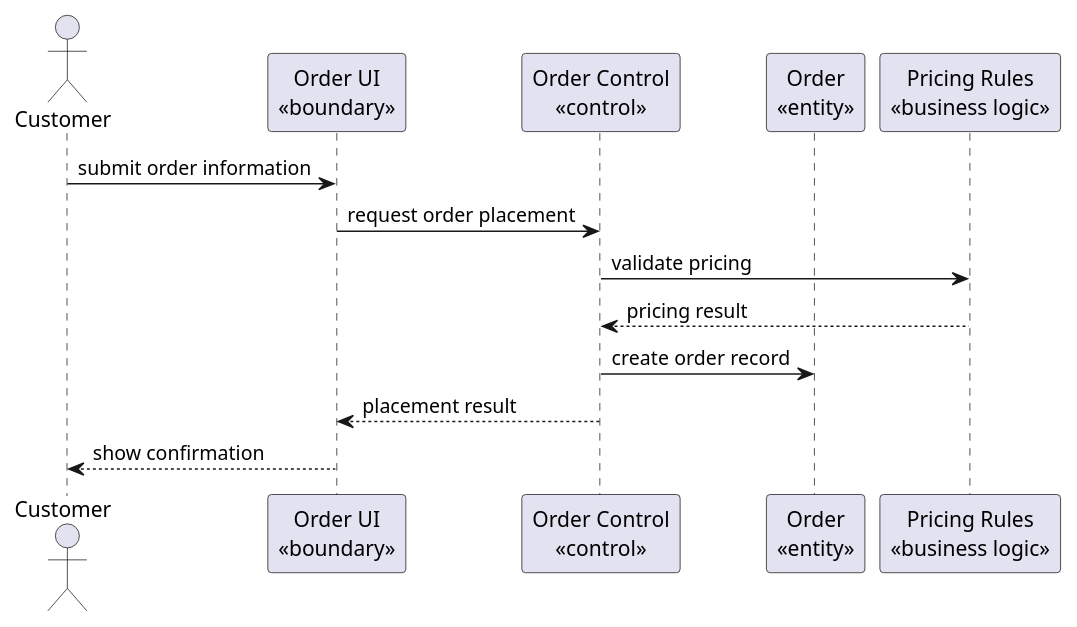
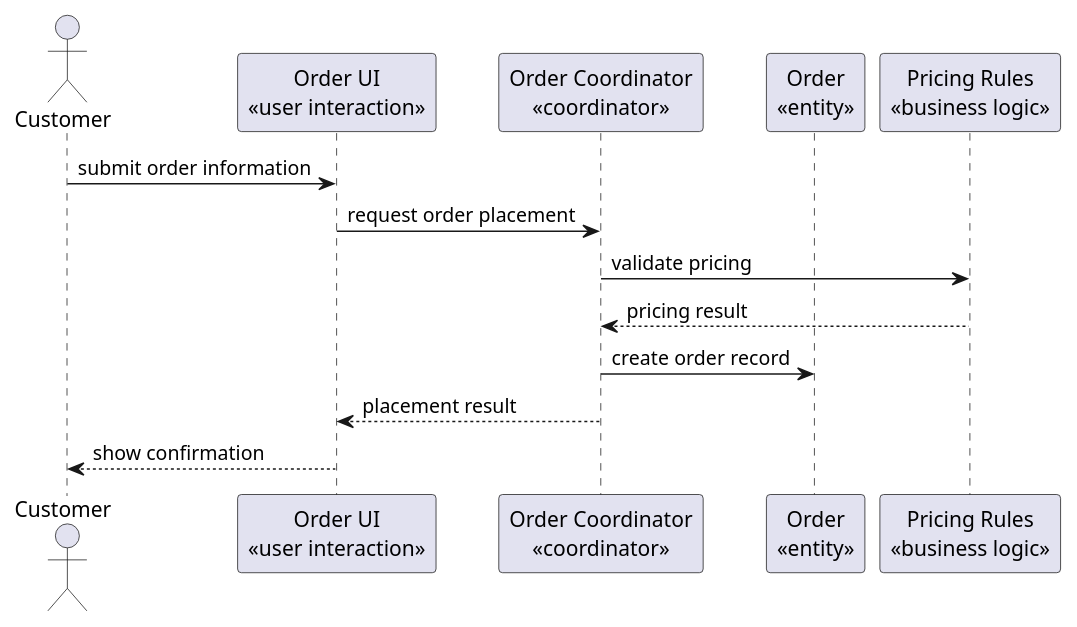
Before and after one commit to nttung42/SWD392: the fourth of 13 diagrams in .agents/.skills/comet-diagrams/references/plantuml-templates.md, drawn with PlantUML. The commit also changed other lines of this file and 4 other files, not shown here.

````diff
--- a/.agents/.skills/comet-diagrams/references/plantuml-templates.md
+++ b/.agents/.skills/comet-diagrams/references/plantuml-templates.md
@@ -70,17 +91,17 @@
 ```plantuml
 @startuml
 actor "Customer" as Customer
-participant "Order UI\n«boundary»" as UI
-participant "Order Control\n«control»" as Control
+participant "Order UI\n«user interaction»" as UI
+participant "Order Coordinator\n«coordinator»" as Coordinator
 participant "Order\n«entity»" as Order
 participant "Pricing Rules\n«business logic»" as Pricing
 
 Customer -> UI: submit order information
-UI -> Control: request order placement
-Control -> Pricing: validate pricing
-Pricing --> Control: pricing result
-Control -> Order: create order record
-Control --> UI: placement result
+UI -> Coordinator: request order placement
+Coordinator -> Pricing: validate pricing
+Pricing --> Coordinator: pricing result
+Coordinator -> Order: create order record
+Coordinator --> UI: placement result
 UI --> Customer: show confirmation
 @enduml
 ```
````
